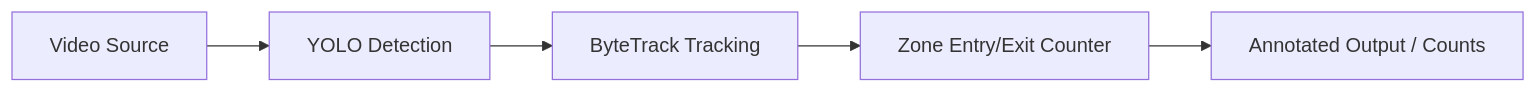
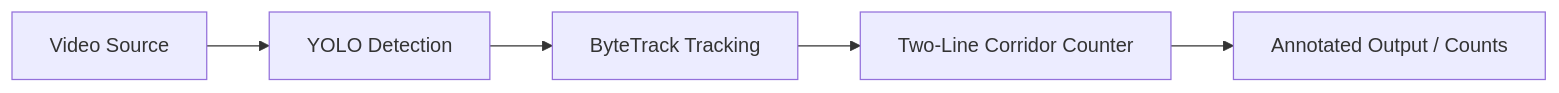
The diagram in people-counting/README.md (llakyoll/cvProjects), drawn with Mermaid before and after one commit. The commit also changed other lines of this file and 5 other files, not shown here.

````diff
--- a/people-counting/README.md
+++ b/people-counting/README.md
@@ -20,7 +22,7 @@
 ```mermaid
 flowchart LR
     A[Video Source] --> B[YOLO Detection]
     B --> C[ByteTrack Tracking]
-    C --> D[Zone Entry/Exit Counter]
+    C --> D[Two-Line Corridor Counter]
     D --> E[Annotated Output / Counts]
 ```
````
